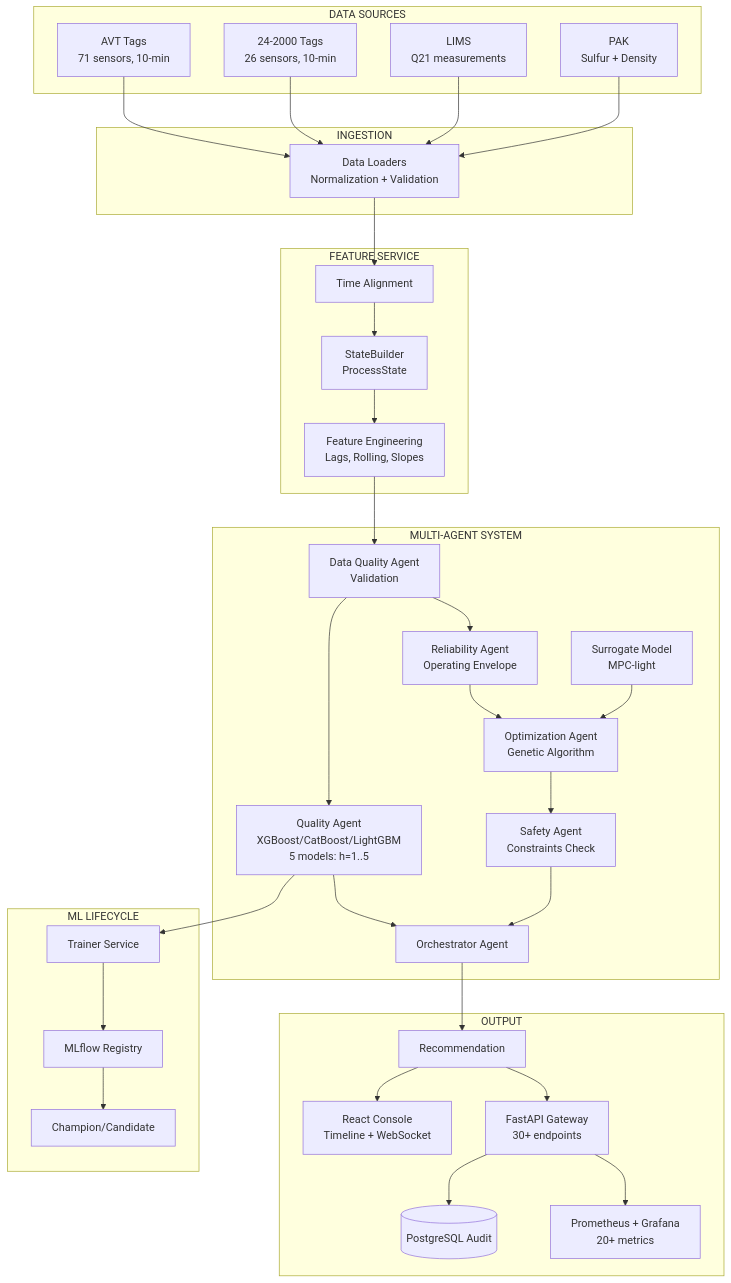
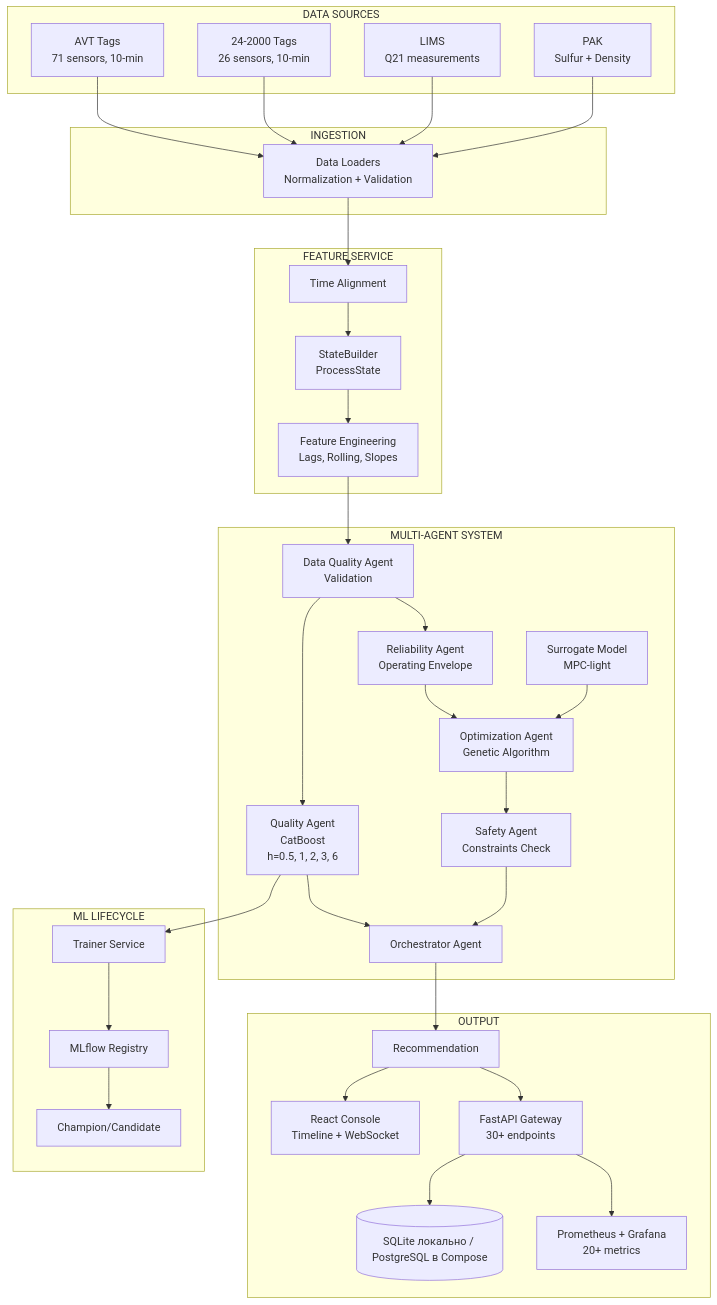
Before and after one commit to falexsun/NEFTEKOD2026: the diagram in README.md, drawn with Mermaid. The commit also changed other lines of this file and 24 other files, not shown here.

````diff
--- a/README.md
+++ b/README.md
@@ -47,72 +46,72 @@
 ```mermaid
 graph TD
     subgraph "DATA SOURCES"
         AVT[AVT Tags<br/>71 sensors, 10-min]
         U24[24-2000 Tags<br/>26 sensors, 10-min]
         LIMS[LIMS<br/>Q21 measurements]
         PAK[PAK<br/>Sulfur + Density]
     end
 
     subgraph "INGESTION"
         LOAD[Data Loaders<br/>Normalization + Validation]
     end
 
     subgraph "FEATURE SERVICE"
         ALIGN[Time Alignment]
         STATE[StateBuilder<br/>ProcessState]
         FEAT[Feature Engineering<br/>Lags, Rolling, Slopes]
     end
 
     subgraph "MULTI-AGENT SYSTEM"
         DQ[Data Quality Agent<br/>Validation]
-        QA[Quality Agent<br/>XGBoost/CatBoost/LightGBM<br/>5 models: h=1..5]
+        QA[Quality Agent<br/>CatBoost<br/>h=0.5, 1, 2, 3, 6]
         RA[Reliability Agent<br/>Operating Envelope]
         SUR[Surrogate Model<br/>MPC-light]
         OPT[Optimization Agent<br/>Genetic Algorithm]
         SAFETY[Safety Agent<br/>Constraints Check]
         ORCH[Orchestrator Agent]
     end
 
     subgraph "OUTPUT"
         REC[Recommendation]
         DASH[React Console<br/>Timeline + WebSocket]
         API[FastAPI Gateway<br/>30+ endpoints]
-        AUDIT[(PostgreSQL Audit)]
+        AUDIT[(SQLite локально / PostgreSQL в Compose)]
         OBS[Prometheus + Grafana<br/>20+ metrics]
     end
 
     subgraph "ML LIFECYCLE"
         TRAINER[Trainer Service]
         MLFLOW[MLflow Registry]
         PROMOTE[Champion/Candidate]
     end
 
     AVT --> LOAD
     U24 --> LOAD
     LIMS --> LOAD
     PAK --> LOAD
 
     LOAD --> ALIGN
     ALIGN --> STATE
     STATE --> FEAT
     
     FEAT --> DQ
     DQ --> QA
     DQ --> RA
     
     QA --> ORCH
     RA --> OPT
     SUR --> OPT
     OPT --> SAFETY
     SAFETY --> ORCH
     
     ORCH --> REC
     REC --> DASH
     REC --> API
     API --> AUDIT
     API --> OBS
 
     QA --> TRAINER
     TRAINER --> MLFLOW
     MLFLOW --> PROMOTE
 ```
````
